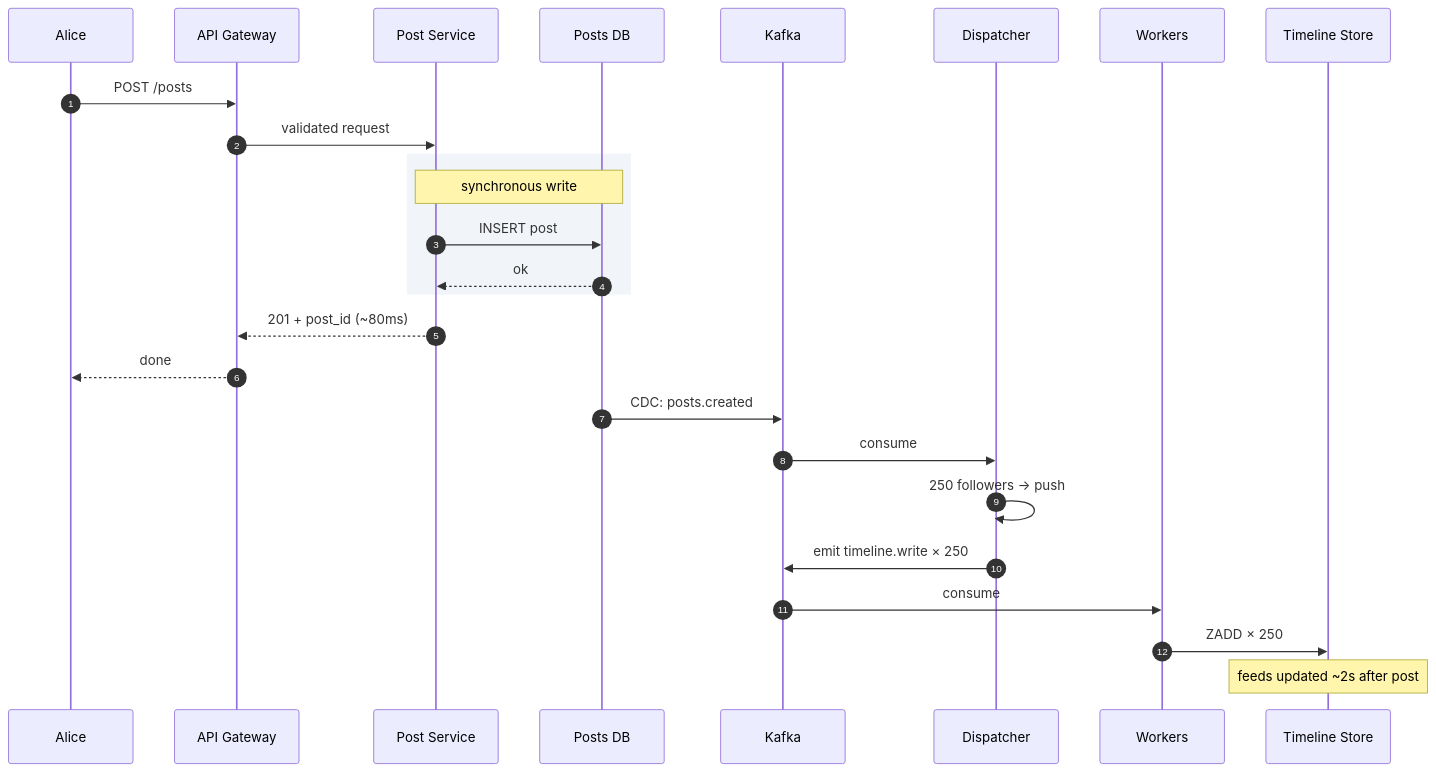
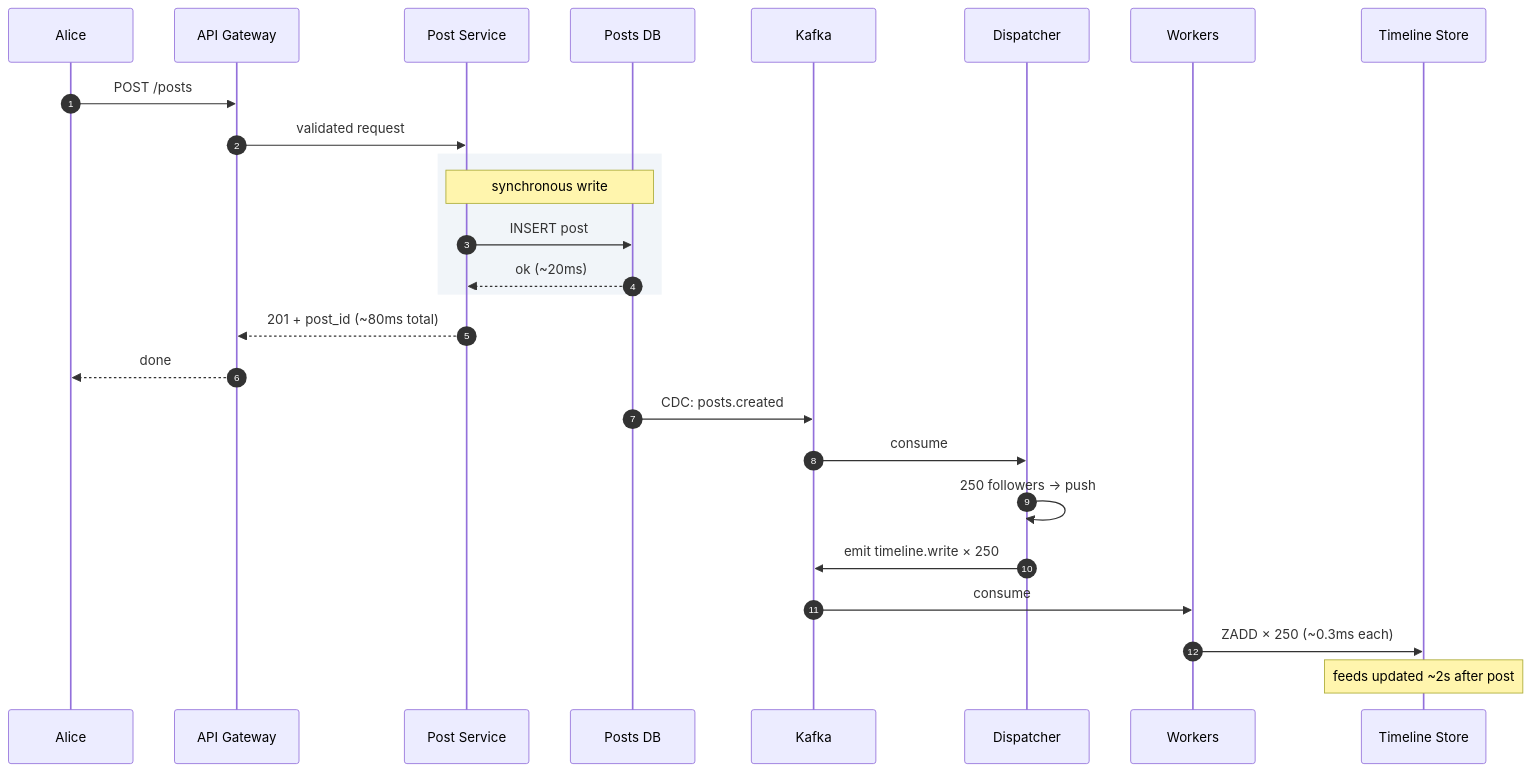
One commit to shiningflash/system-design changed the third of 5 diagrams in problems/002-news-feed/solution.md. Above: the diagram before and after it, drawn with Mermaid. The commit also changed other lines of this file and 37 other files, not shown here.

````diff
--- a/problems/002-news-feed/solution.md
+++ b/problems/002-news-feed/solution.md
@@ -294,31 +289,31 @@
 ```mermaid
 sequenceDiagram
     autonumber
     participant Alice
     participant GW as API Gateway
     participant PS as Post Service
     participant DB as Posts DB
     participant K as Kafka
     participant D as Dispatcher
     participant W as Workers
     participant TS as Timeline Store
 
     Alice->>GW: POST /posts
     GW->>PS: validated request
 
     rect rgb(241, 245, 249)
         Note over PS,DB: synchronous write
         PS->>DB: INSERT post
-        DB-->>PS: ok
+        DB-->>PS: ok (~20ms)
     end
 
-    PS-->>GW: 201 + post_id (~80ms)
+    PS-->>GW: 201 + post_id (~80ms total)
     GW-->>Alice: done
     DB->>K: CDC: posts.created
     K->>D: consume
     D->>D: 250 followers → push
     D->>K: emit timeline.write × 250
     K->>W: consume
-    W->>TS: ZADD × 250
+    W->>TS: ZADD × 250 (~0.3ms each)
     Note over TS: feeds updated ~2s after post
 ```
````
